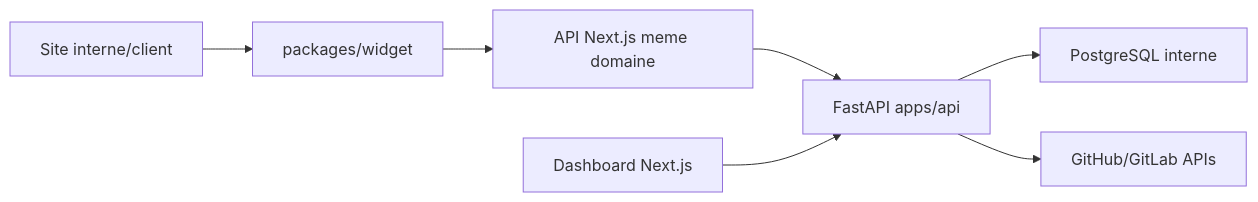
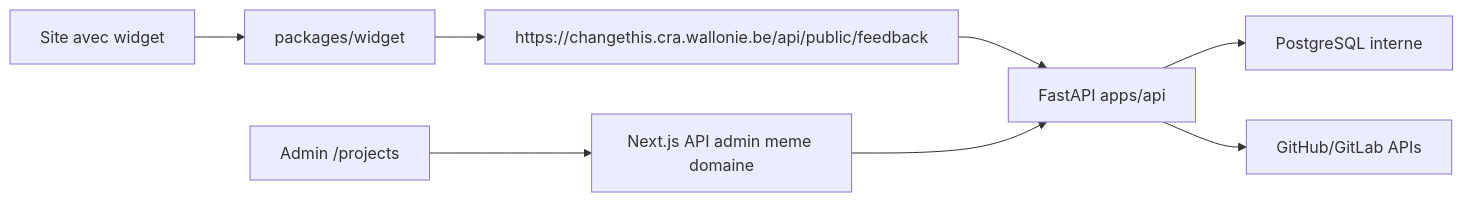
Before and after one commit to MLyte/ChangeThis: the third of 5 diagrams in README.md, drawn with Mermaid. The commit also changed other lines of this file and 23 other files, not shown here.

Commit message:
docs: recentrer main sur installation interne CRA

````diff
--- a/README.md
+++ b/README.md
@@ -73,9 +54,10 @@
 ```mermaid
 flowchart LR
-  Site["Site interne/client"] --> Widget["packages/widget"]
-  Widget --> NextPublic["API Next.js meme domaine"]
-  NextPublic --> FastAPI["FastAPI apps/api"]
-  Dashboard["Dashboard Next.js"] --> FastAPI
+  Site["Site avec widget"] --> Widget["packages/widget"]
+  Widget --> PublicApi["https://changethis.cra.wallonie.be/api/public/feedback"]
+  PublicApi --> FastAPI["FastAPI apps/api"]
+  Dashboard["Admin /projects"] --> PrivateApi["Next.js API admin meme domaine"]
+  PrivateApi --> FastAPI
   FastAPI --> Postgres["PostgreSQL interne"]
   FastAPI --> Providers["GitHub/GitLab APIs"]
 ```
````
